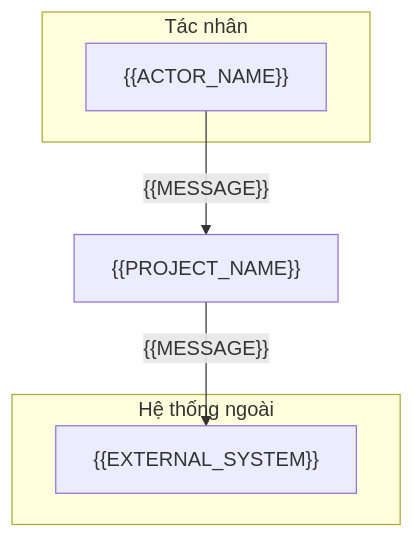
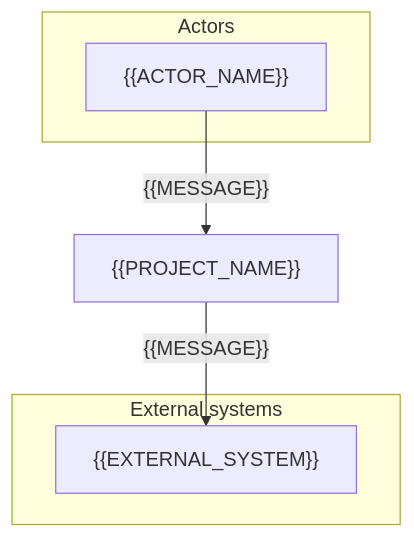
The first of 2 diagrams in skills/specflow/assets/kit/core/01_SRS_Template.md (vuquoctrungbk/specflow), drawn with Mermaid before and after one commit. The commit also changed other lines of this file and 100 other files, not shown here.

````diff
--- a/skills/specflow/assets/kit/core/01_SRS_Template.md
+++ b/skills/specflow/assets/kit/core/01_SRS_Template.md
@@ -61,12 +61,12 @@
 ```mermaid
 flowchart TD
-    subgraph Actors[Tác nhân]
+    subgraph Actors[Actors]
         A1["{{ACTOR_NAME}}"]
     end
     SYS["{{PROJECT_NAME}}"]
-    subgraph External[Hệ thống ngoài]
+    subgraph External[External systems]
         E1["{{EXTERNAL_SYSTEM}}"]
     end
     A1 -->|"{{MESSAGE}}"| SYS
     SYS -->|"{{MESSAGE}}"| E1
 ```
````
